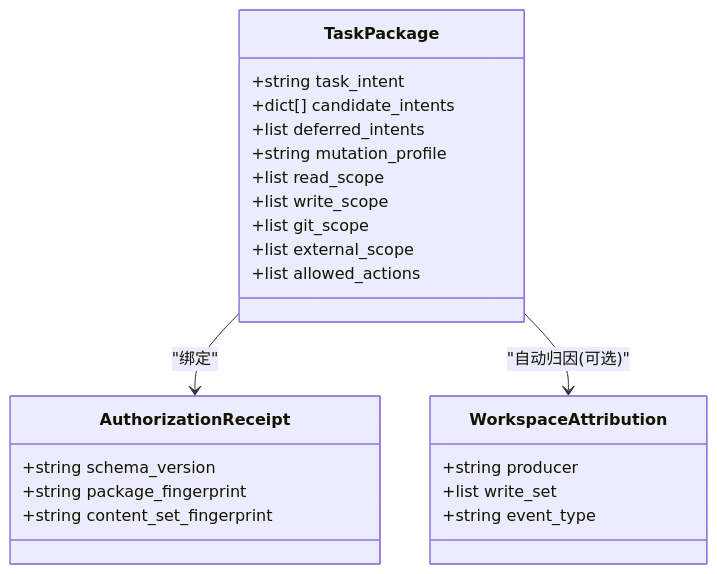
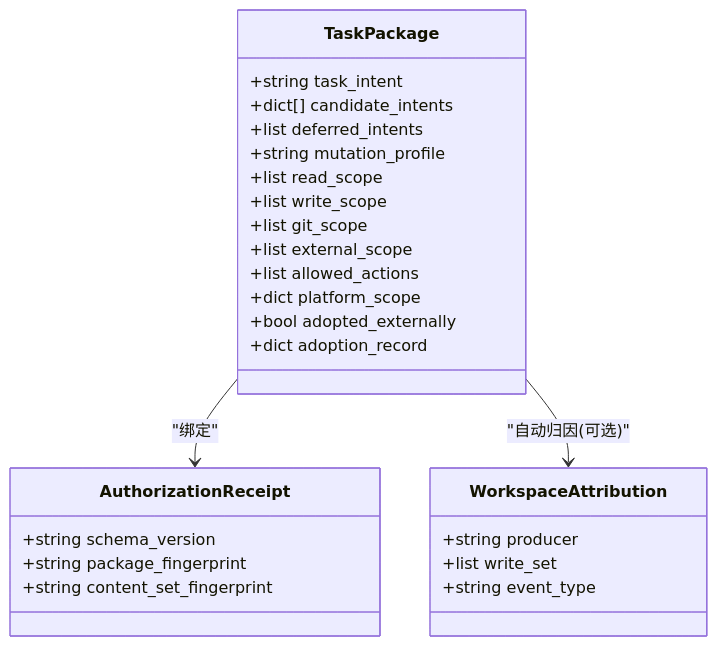
Before and after one commit to HackSing/docs-harness: the seventh of 12 diagrams in .qoder/repowiki/zh/content/任务管理/任务管理.md, drawn with Mermaid. The commit also changed other lines of this file and 40 other files, not shown here.

````diff
--- a/.qoder/repowiki/zh/content/任务管理/任务管理.md
+++ b/.qoder/repowiki/zh/content/任务管理/任务管理.md
@@ -166,26 +242,29 @@
 ```mermaid
 classDiagram
 class TaskPackage {
 +string task_intent
 +dict[] candidate_intents
 +list deferred_intents
 +string mutation_profile
 +list read_scope
 +list write_scope
 +list git_scope
 +list external_scope
 +list allowed_actions
++dict platform_scope
++bool adopted_externally
++dict adoption_record
 }
 class AuthorizationReceipt {
 +string schema_version
 +string package_fingerprint
 +string content_set_fingerprint
 }
 class WorkspaceAttribution {
 +string producer
 +list write_set
 +string event_type
 }
 TaskPackage --> AuthorizationReceipt : "绑定"
 TaskPackage --> WorkspaceAttribution : "自动归因(可选)"
 ```
````
